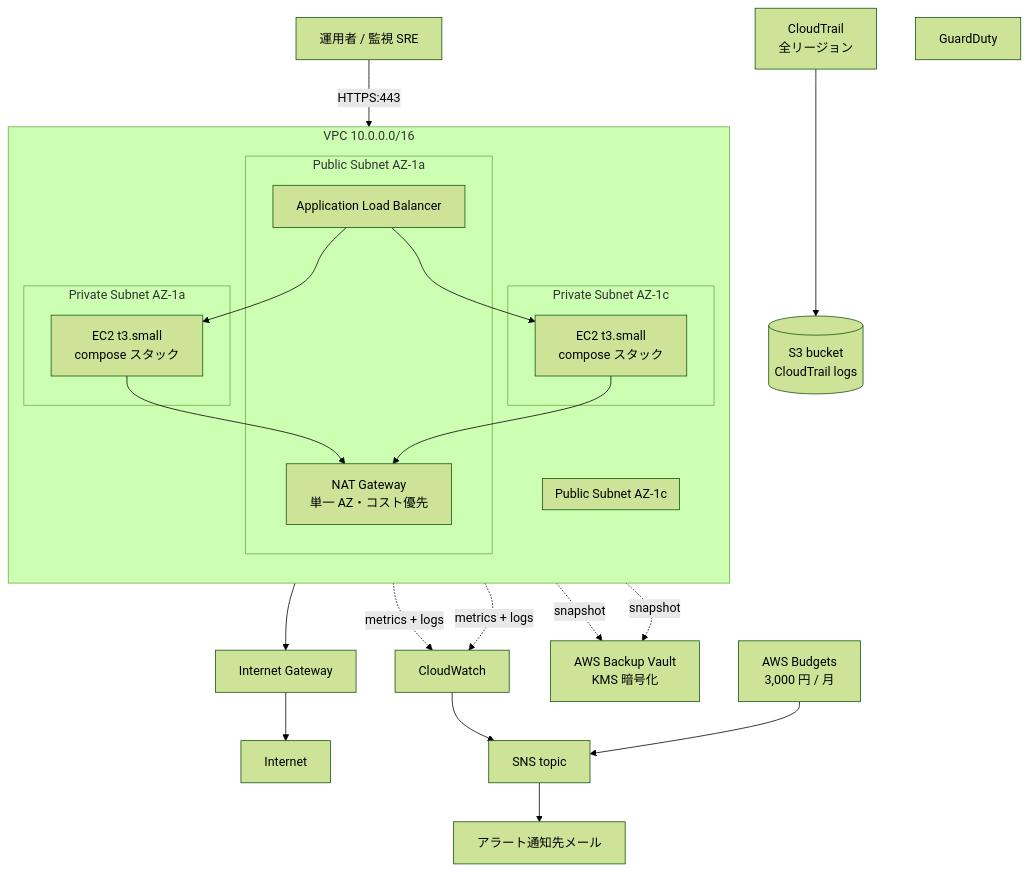
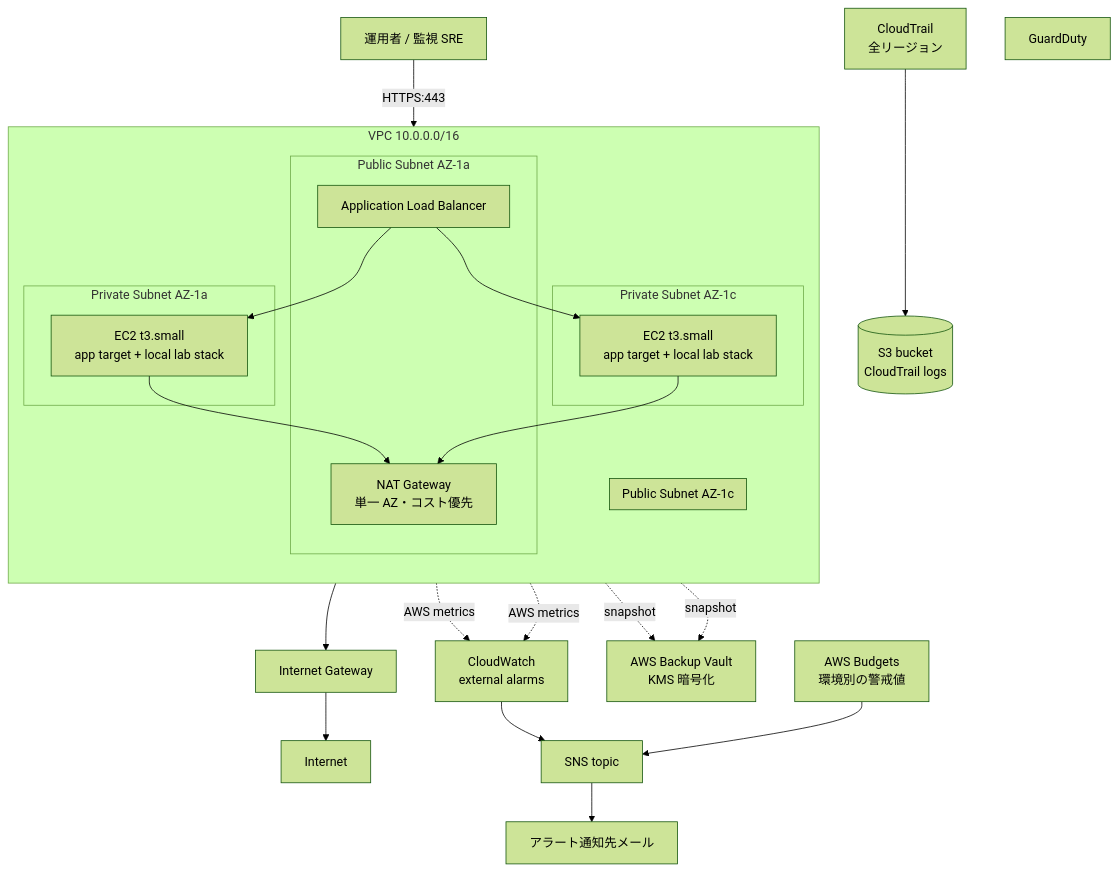
The diagram in docs/aws-architecture.md (ns7jp/server), drawn with Mermaid (forest theme) before and after one commit. The commit also changed other lines of this file and 27 other files, not shown here.

````diff
--- a/docs/aws-architecture.md
+++ b/docs/aws-architecture.md
@@ -9,42 +16,42 @@
 ```mermaid
 flowchart TB
     User[運用者 / 監視 SRE] -->|HTTPS:443| ALB[Application Load Balancer]
 
     subgraph VPC[VPC 10.0.0.0/16]
         direction TB
         subgraph Public_a[Public Subnet AZ-1a]
             ALB
             NAT[NAT Gateway<br/>単一 AZ・コスト優先]
         end
         subgraph Public_c[Public Subnet AZ-1c]
         end
         subgraph Private_a[Private Subnet AZ-1a]
-            EC2_a[EC2 t3.small<br/>compose スタック]
+            EC2_a[EC2 t3.small<br/>app target + local lab stack]
         end
         subgraph Private_c[Private Subnet AZ-1c]
-            EC2_c[EC2 t3.small<br/>compose スタック]
+            EC2_c[EC2 t3.small<br/>app target + local lab stack]
         end
 
         ALB --> EC2_a
         ALB --> EC2_c
         EC2_a --> NAT
         EC2_c --> NAT
     end
 
     NAT --> IGW[Internet Gateway]
     IGW --> Internet[Internet]
 
-    EC2_a -.metrics + logs.-> CW[CloudWatch]
-    EC2_c -.metrics + logs.-> CW
+    EC2_a -.AWS metrics.-> CW[CloudWatch<br/>external alarms]
+    EC2_c -.AWS metrics.-> CW
 
     CW --> SNS[SNS topic]
     SNS --> Email[アラート通知先メール]
 
     EC2_a -.snapshot.-> Backup[AWS Backup Vault<br/>KMS 暗号化]
     EC2_c -.snapshot.-> Backup
 
     CT[CloudTrail<br/>全リージョン] --> S3CT[(S3 bucket<br/>CloudTrail logs)]
     GD[GuardDuty]
 
-    Budgets[AWS Budgets<br/>3,000 円 / 月] --> SNS
+    Budgets[AWS Budgets<br/>環境別の警戒値] --> SNS
 ```
````
